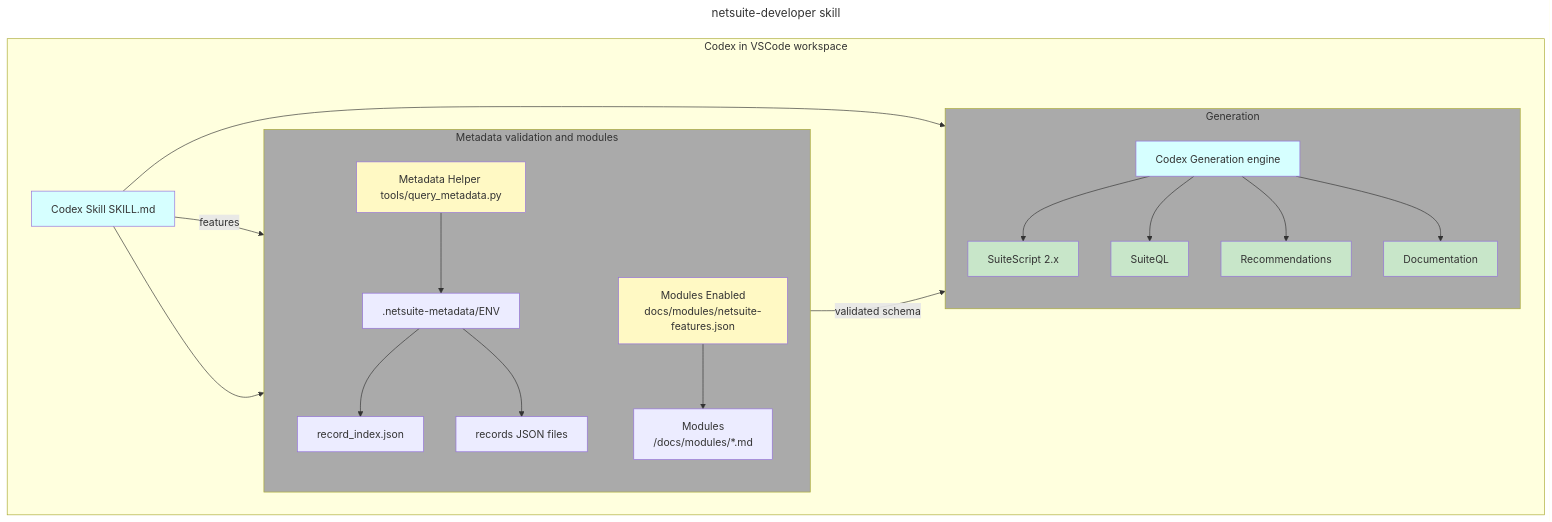
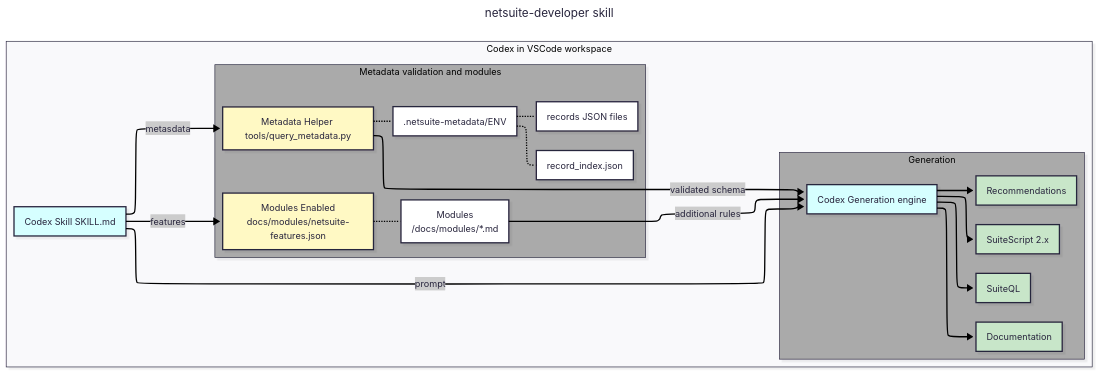
The diagram in README.md (joshOrigami/netsuite-developer), drawn with Mermaid before and after one commit.

Commit message:
README mermaid, use of layout: elk with LR better shows the flow and use of the skill and components.

````diff
--- a/README.md
+++ b/README.md
@@ -177,49 +177,53 @@
 ```mermaid
 ---
 config:
-  layout: dagre
+  layout: elk
+  look: neo
+  theme: redux
 title: netsuite-developer skill
 ---
 flowchart LR
  subgraph M["Metadata validation and modules"]
     direction TB
         B["Metadata Helper tools/query_metadata.py"]
         C[".netsuite-metadata/ENV"]
         D["record_index.json"]
         E["records JSON files"]
         A0["Modules Enabled<br>docs/modules/netsuite-features.json"]
         A1["Modules<br>/docs/modules/*.md"]
   end
  subgraph GBOX["Generation"]
     direction TB
         F["Codex Generation engine"]
         G["SuiteScript 2.x"]
         H["SuiteQL"]
         I["Recommendations"]
         J["Documentation"]
   end
  subgraph COD["Codex in VSCode workspace"]
     direction LR
         A["Codex Skill SKILL.md"]
         M
         GBOX
   end
-    B --> C
-    C --> D & E
+    B -..- C
+    C -..- D & E
     F --> G & H & I & J
     A -- features --> A0
-    A0 --> A1
-    A --> B & F
+    A0 -..- A1
+    A -- metasdata --> B 
+    A -- prompt --> F
+    A1 -- additional rules --> F
     B -- validated schema --> F
 
     style A0 fill:#FFF9C4
     style B fill:#FFF9C4
     style J fill:#C8E6C9
     style I fill:#C8E6C9
     style H fill:#C8E6C9
     style G fill:#C8E6C9
     style F fill:#D6FFFF
     style GBOX fill:#AAAAAA
     style M fill:#AAAAAA
     style A fill:#D6FFFF
 ```
````
